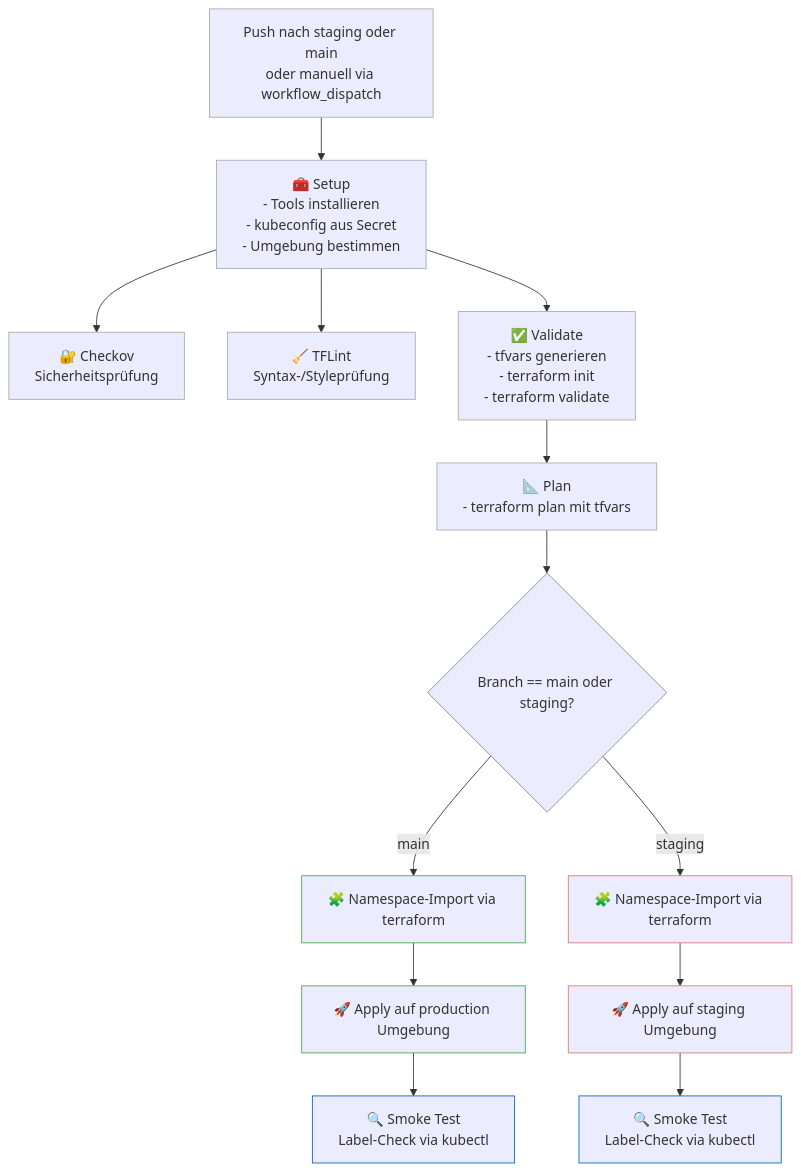
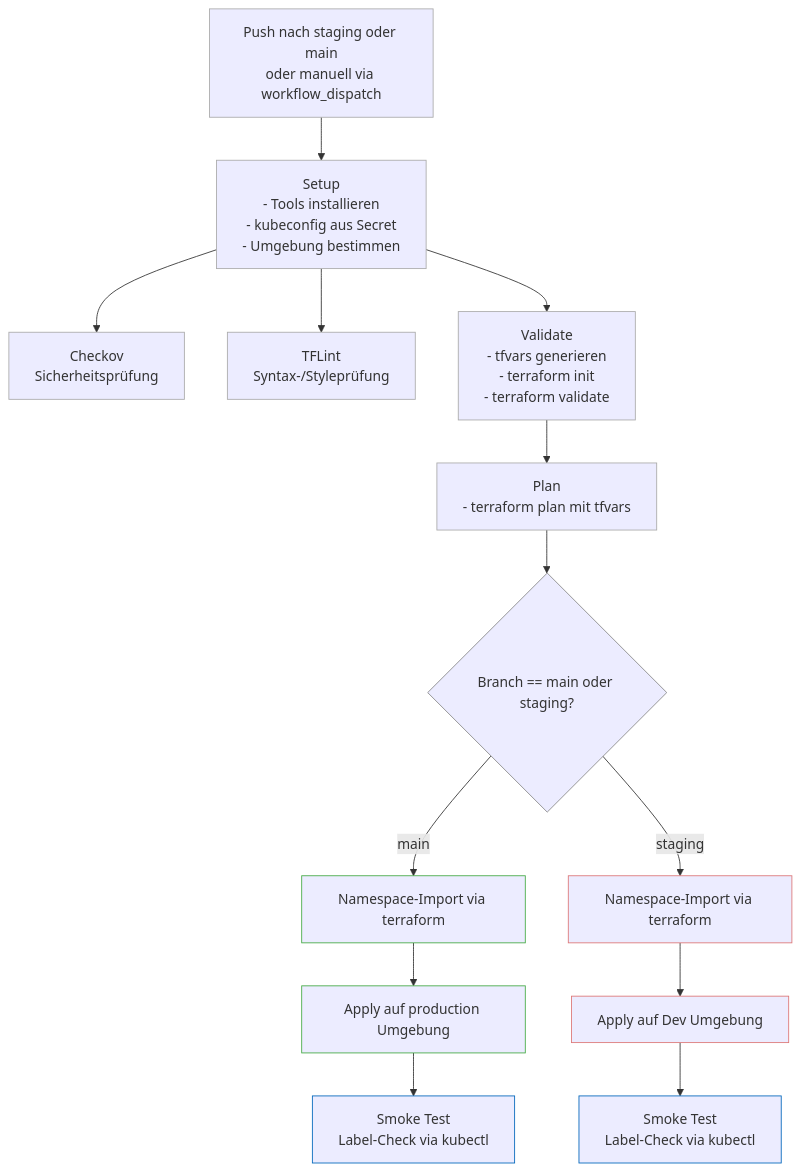
Before and after one commit to ElMed05/iac-cicd-k8s-namespace: the diagram in diagrams/workflow_diagrame.md, drawn with Mermaid. The commit also changed 1 other file, not shown here.

Commit message:
[Readme_bereinigung]

````diff
--- a/diagrams/workflow_diagrame.md
+++ b/diagrams/workflow_diagrame.md
@@ -4,37 +4,37 @@
 ```mermaid
 
-flowchart TD
-    A[Push nach staging oder main\noder manuell via workflow_dispatch] --> B[🧰 Setup\n- Tools installieren\n- kubeconfig aus Secret\n- Umgebung bestimmen]
+    flowchart TD
+    A[Push nach staging oder main\noder manuell via workflow_dispatch] --> B[ Setup\n- Tools installieren\n- kubeconfig aus Secret\n- Umgebung bestimmen]
     
 
-    B --> C[🔐 Checkov\nSicherheitsprüfung]
-    B --> D[🧹 TFLint\nSyntax-/Styleprüfung]
-    B --> E[✅ Validate\n- tfvars generieren\n- terraform init\n- terraform validate]
+    B --> C[ Checkov\nSicherheitsprüfung]
+    B --> D[ TFLint\nSyntax-/Styleprüfung]
+    B --> E[ Validate\n- tfvars generieren\n- terraform init\n- terraform validate]
 
-    E --> F[📐 Plan\n- terraform plan mit tfvars]
+    E --> F[ Plan\n- terraform plan mit tfvars]
 
     F --> G{Branch == main oder staging?}
 
-    G -- main --> H[🧩 Namespace-Import via terraform]
-    H --> I[🚀 Apply auf production Umgebung]
-    I --> K[🔍 Smoke Test\nLabel-Check via kubectl]
+    G -- main --> H[ Namespace-Import via terraform]
+    H --> I[ Apply auf production Umgebung]
+    I --> K[ Smoke Test\nLabel-Check via kubectl]
 
-    G -- staging --> J[ 🧩 Namespace-Import via terraform]
-    J --> R[🚀 Apply auf staging Umgebung]
+    G -- staging --> J[  Namespace-Import via terraform]
+    J --> R[ Apply auf Dev Umgebung]
 
-    R --> L[🔍 Smoke Test\nLabel-Check via kubectl]
+    R --> L[ Smoke Test\nLabel-Check via kubectl]
 
-    style A fill:,stroke:#aaa
-    style B fill:,stroke:#aaa
-    style C fill:,stroke:#aaa
-    style D fill:,stroke:#aaa
-    style E fill:,stroke:#aaa
-    style F fill:,stroke:#aaa
-    style G fill:,stroke:#888
-    style H fill:,stroke:#4a4
-    style I fill:,stroke:#4a4
-    style K fill:,stroke:#06b
-    style J fill:,stroke:#d77
-    style R fill:,stroke:#d77
-    style L fill:,stroke:#06b
+    style A fill:#,stroke:#aaa
+    style B fill:#,stroke:#aaa
+    style C fill:#,stroke:#aaa
+    style D fill:#,stroke:#aaa
+    style E fill:#,stroke:#aaa
+    style F fill:#,stroke:#aaa
+    style G fill:#,stroke:#888
+    style H fill:#,stroke:#4a4
+    style I fill:#,stroke:#4a4
+    style K fill:#,stroke:#06b
+    style J fill:#,stroke:#d77
+    style R fill:#,stroke:#d77
+    style L fill:#,stroke:#06b
 ```
````
